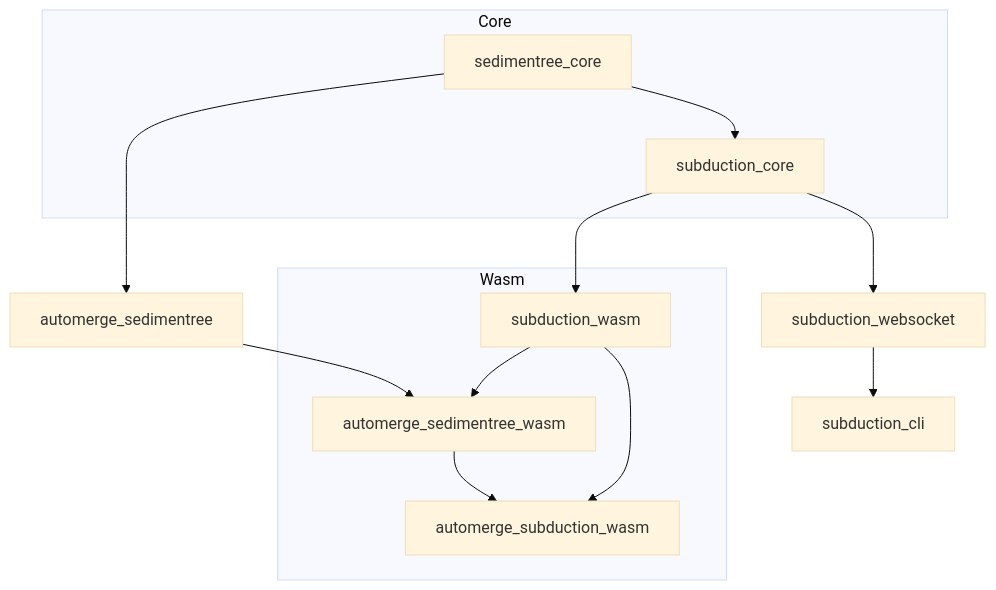
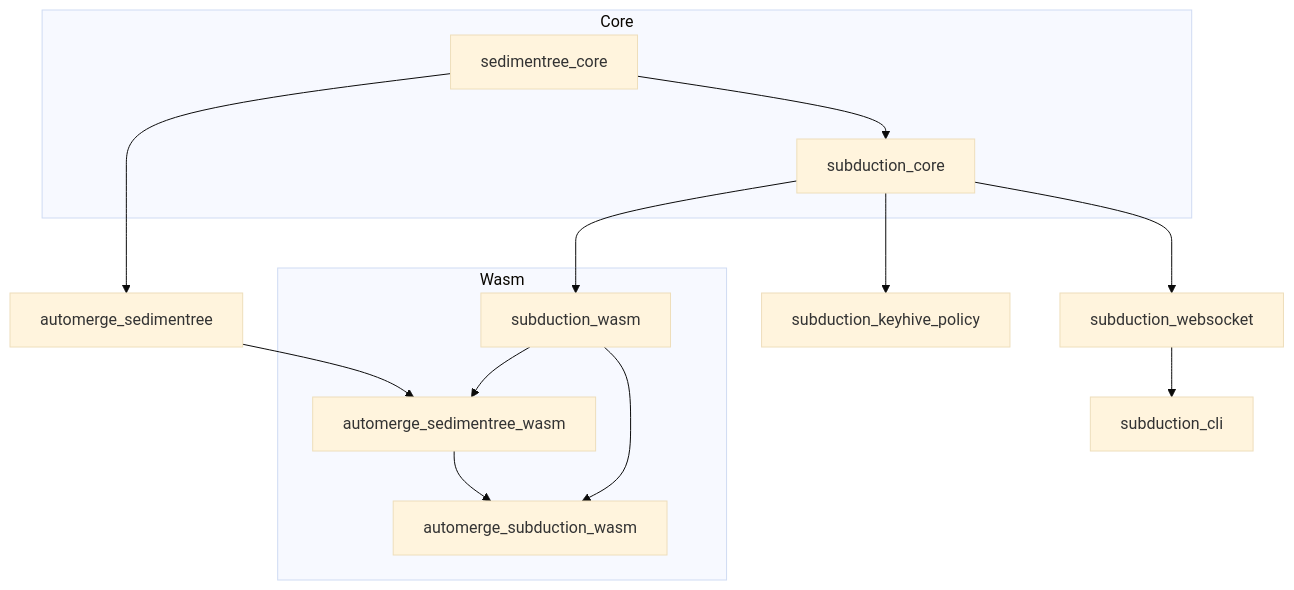
One commit to inkandswitch/subduction changed the diagram in README.md. Above: the diagram before and after it, drawn with Mermaid (base theme). The commit also changed other lines of this file and 160 other files, not shown here.

````diff
--- a/README.md
+++ b/README.md
@@ -25,31 +29,33 @@
 ```mermaid
 graph TD
     subgraph Core
         sedimentree_core
         subduction_core
     end
 
     automerge_sedimentree
     subduction_websocket
     subduction_cli
+    subduction_keyhive_policy
 
-    subgraph Wasm 
+    subgraph Wasm
         subduction_wasm
         automerge_sedimentree_wasm
         automerge_subduction_wasm
     end
 
     sedimentree_core --> subduction_core
     sedimentree_core --> automerge_sedimentree
 
     subduction_core --> subduction_websocket
     subduction_core --> subduction_wasm
+    subduction_core --> subduction_keyhive_policy
 
     subduction_websocket --> subduction_cli
 
     automerge_sedimentree --> automerge_sedimentree_wasm
     subduction_wasm --> automerge_sedimentree_wasm
 
     automerge_sedimentree_wasm --> automerge_subduction_wasm
     subduction_wasm --> automerge_subduction_wasm
 ```
````
